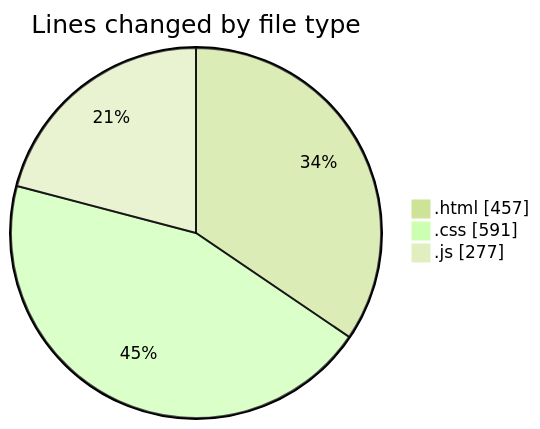
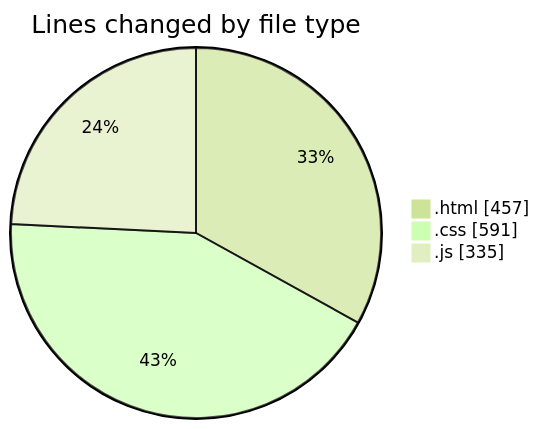
One commit to IJAZ3593/code-tracking changed the first of 2 diagrams in 2025-09-01/project_3/README.md. Above: the diagram before and after it, drawn with Mermaid (forest theme). The commit also changed other lines of this file and 1 other file, not shown here.

````diff
--- a/2025-09-01/project_3/README.md
+++ b/2025-09-01/project_3/README.md
@@ -26,7 +26,7 @@
 ```mermaid
 pie showData
 title Lines changed by file type
 ".html" : 457
 ".css" : 591
-".js" : 277
+".js" : 335
 ```
````
